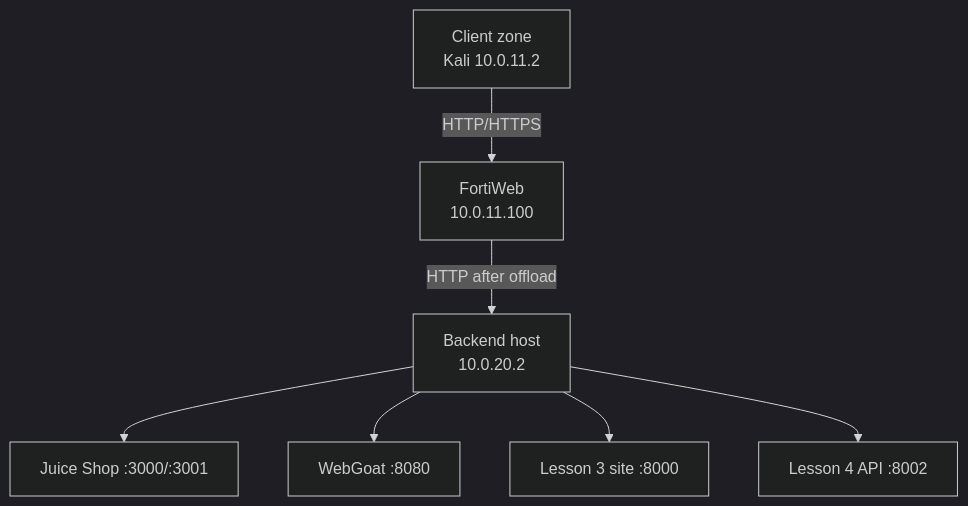
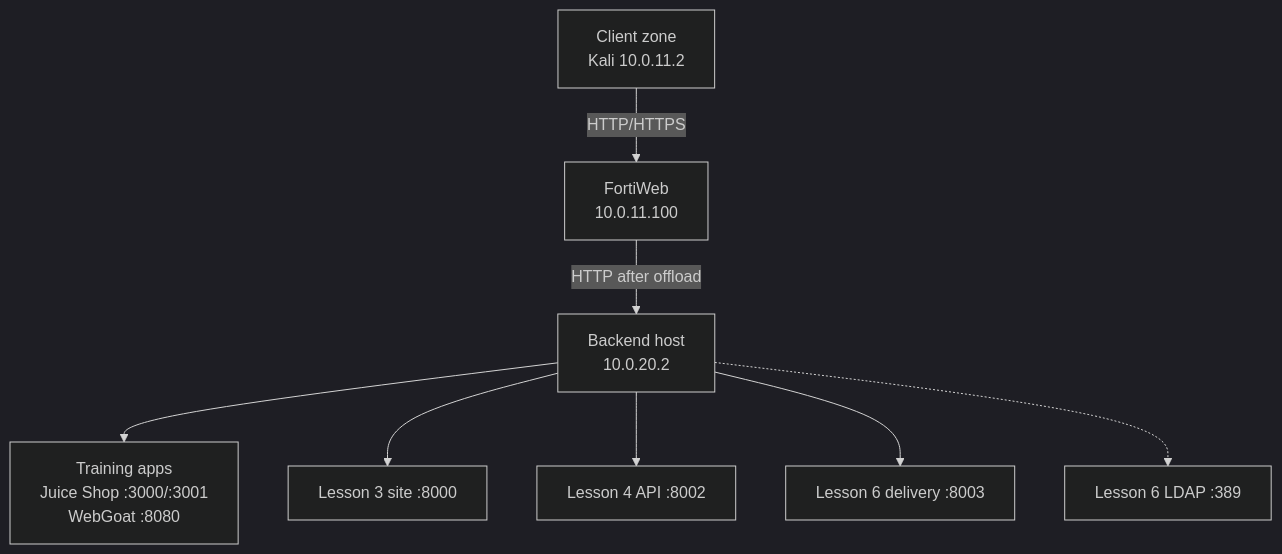
The diagram in docs/architecture.md (abdelrahmanelkady777/fortiweb-waf-security-lab), drawn with Mermaid (dark theme) before and after one commit. The commit also changed other lines of this file and 33 other files, not shown here.

Commit message:
lesson-06: add integrated application delivery lab

````diff
--- a/docs/architecture.md
+++ b/docs/architecture.md
@@ -11,9 +11,10 @@
 ```mermaid
 flowchart TB
     C["Client zone<br/>Kali 10.0.11.2"] -->|"HTTP/HTTPS"| W["FortiWeb<br/>10.0.11.100"]
     W -->|"HTTP after offload"| B["Backend host<br/>10.0.20.2"]
-    B --> A1["Juice Shop :3000/:3001"]
-    B --> A2["WebGoat :8080"]
+    B --> A1["Training apps<br/>Juice Shop :3000/:3001<br/>WebGoat :8080"]
     B --> A3["Lesson 3 site :8000"]
     B --> A4["Lesson 4 API :8002"]
+    B --> A6["Lesson 6 delivery :8003"]
+    B -.-> L6["Lesson 6 LDAP :389"]
 ```
````
